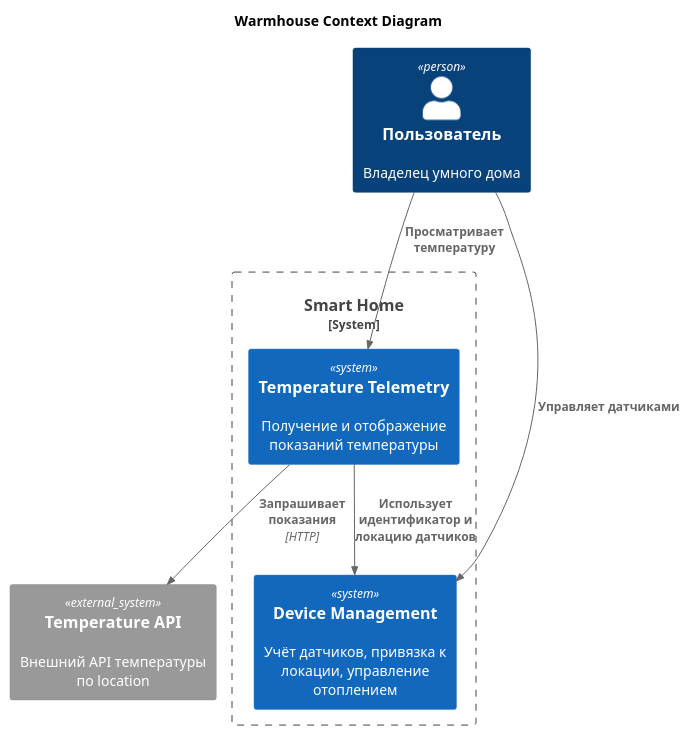
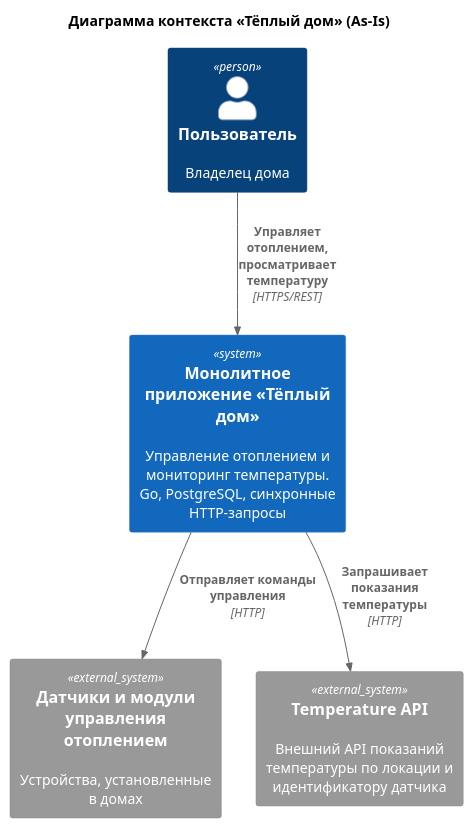
The diagram in schemas/Context.puml (sergeybe1an/architecture-pro-warmhouse), drawn with PlantUML before and after one commit. The commit also changed 12 other files, not shown here.

```diff
--- a/schemas/Context.puml
+++ b/schemas/Context.puml
@@ -1,22 +1,19 @@
 @startuml
-title Warmhouse Context Diagram
+title Диаграмма контекста «Тёплый дом» (As-Is)
 
 top to bottom direction
 
 !include https://raw.githubusercontent.com/plantuml-stdlib/C4-PlantUML/master/C4_Context.puml
 
-Person(user, "Пользователь", "Владелец умного дома")
+Person(user, "Пользователь", "Владелец дома")
 
-System_Boundary(smart_home, "Smart Home") {
-    System(device_mgmt, "Device Management", "Учёт датчиков, привязка к локации, управление отоплением")
-    System(temp_telemetry, "Temperature Telemetry", "Получение и отображение показаний температуры")
-}
+System(monolith, "Монолитное приложение «Тёплый дом»", "Управление отоплением и мониторинг температуры. Go, PostgreSQL, синхронные HTTP-запросы")
 
-System_Ext(temperature_api, "Temperature API", "Внешний API температуры по location")
+System_Ext(sensors, "Датчики и модули управления отоплением", "Устройства, установленные в домах")
+System_Ext(temperature_api, "Temperature API", "Внешний API показаний температуры по локации и идентификатору датчика")
 
-Rel(user, device_mgmt, "Управляет датчиками")
-Rel(user, temp_telemetry, "Просматривает температуру")
-Rel(temp_telemetry, device_mgmt, "Использует идентификатор и локацию датчиков")
-Rel(temp_telemetry, temperature_api, "Запрашивает показания", "HTTP")
+Rel(user, monolith, "Управляет отоплением, просматривает температуру", "HTTPS/REST")
+Rel(monolith, sensors, "Отправляет команды управления", "HTTP")
+Rel(monolith, temperature_api, "Запрашивает показания температуры", "HTTP")
 
 @enduml
```
